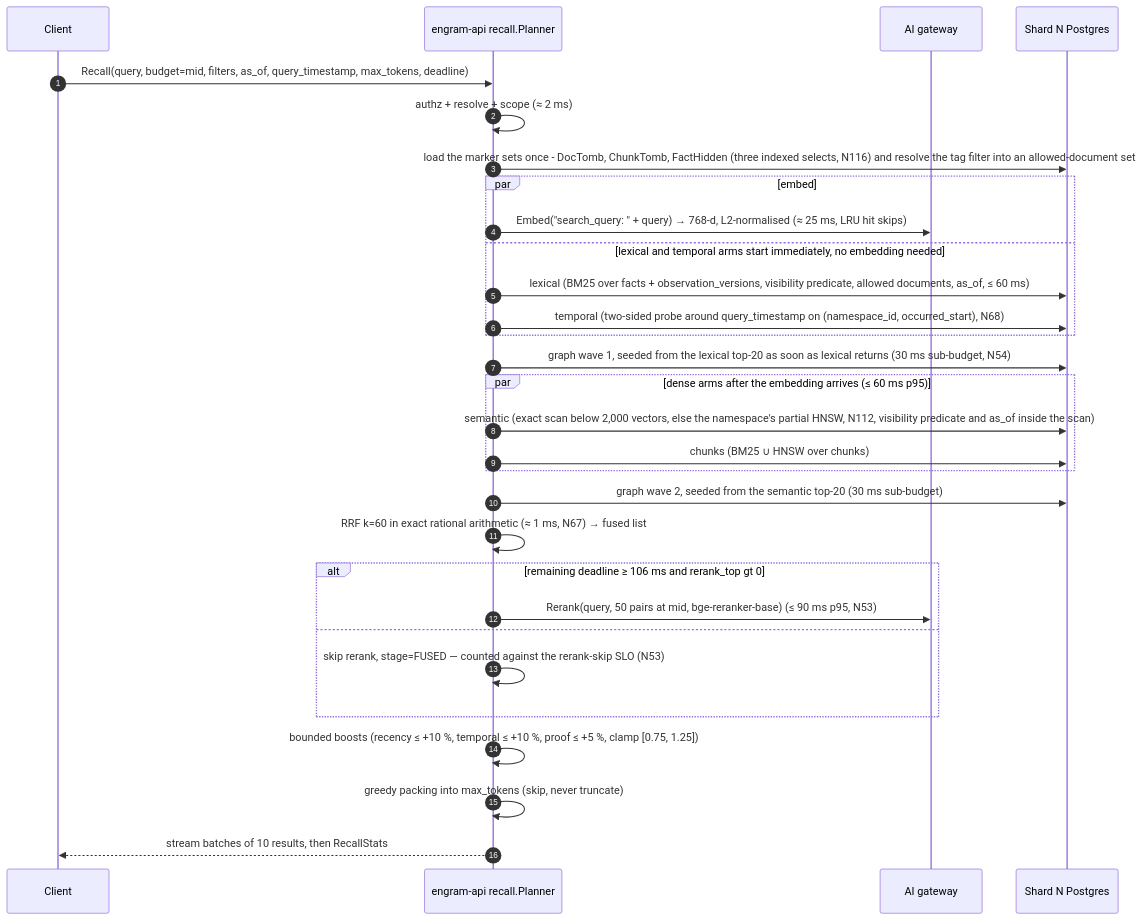
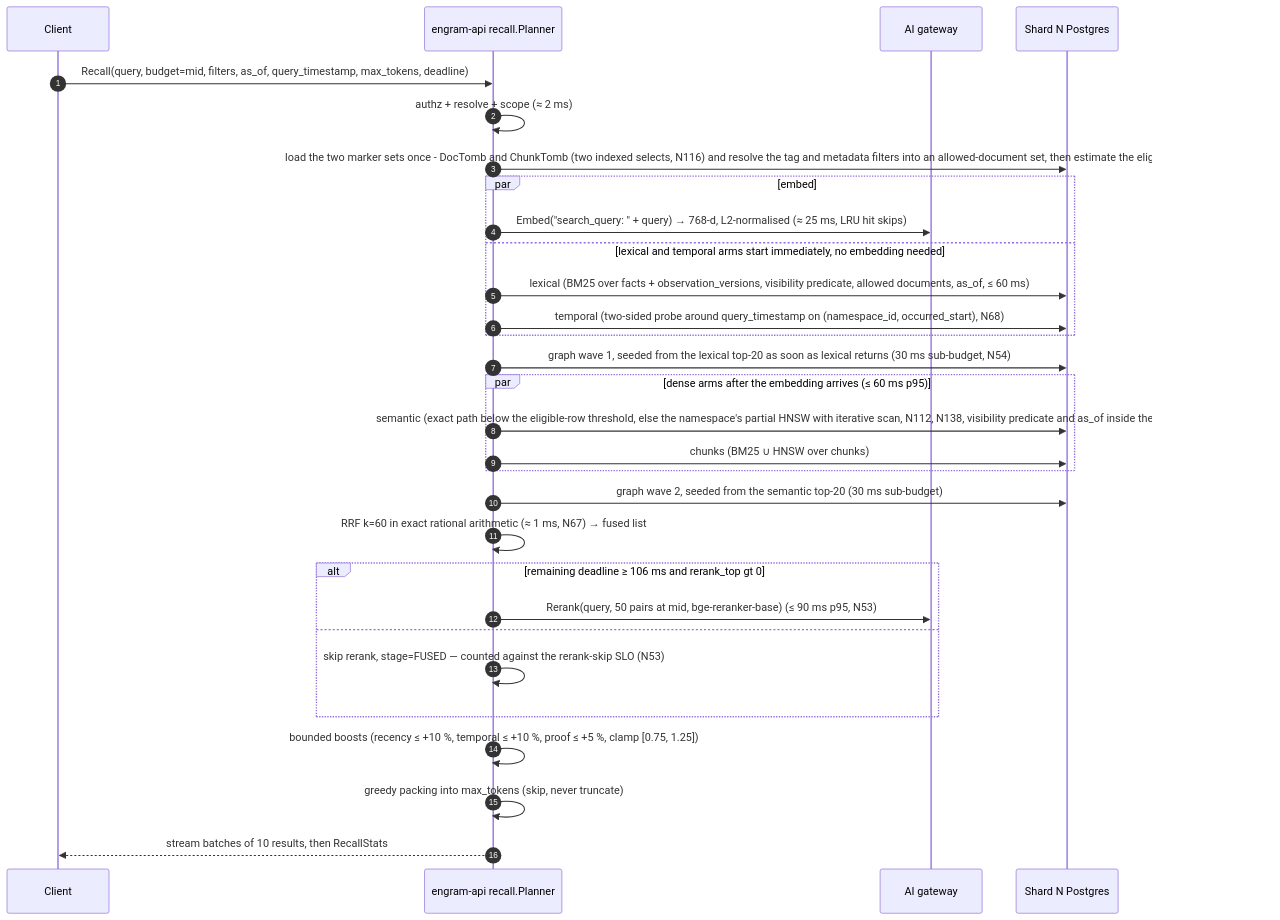
The fourth of 6 diagrams in plans/engram/sections/01-architecture.md (gstamatakis95/agent-memory-benchmark), drawn with Mermaid before and after one commit. The commit also changed other lines of this file and 39 other files, not shown here.

````diff
--- a/plans/engram/sections/01-architecture.md
+++ b/plans/engram/sections/01-architecture.md
@@ -357,33 +364,33 @@
 ```mermaid
 sequenceDiagram
   autonumber
   participant C as Client
   participant API as engram-api recall.Planner
   participant G as AI gateway
   participant DB as Shard N Postgres
 
   C->>API: Recall(query, budget=mid, filters, as_of, query_timestamp, max_tokens, deadline)
   API->>API: authz + resolve + scope (≈ 2 ms)
-  API->>DB: load the marker sets once - DocTomb, ChunkTomb, FactHidden (three indexed selects, N116) and resolve the tag filter into an allowed-document set
+  API->>DB: load the two marker sets once - DocTomb and ChunkTomb (two indexed selects, N116) and resolve the tag and metadata filters into an allowed-document set, then estimate the eligible rows per arm (N138)
   par embed
     API->>G: Embed("search_query: " + query) → 768-d, L2-normalised (≈ 25 ms, LRU hit skips)
   and lexical and temporal arms start immediately, no embedding needed
     API->>DB: lexical (BM25 over facts + observation_versions, visibility predicate, allowed documents, as_of, ≤ 60 ms)
     API->>DB: temporal (two-sided probe around query_timestamp on (namespace_id, occurred_start), N68)
   end
   API->>DB: graph wave 1, seeded from the lexical top-20 as soon as lexical returns (30 ms sub-budget, N54)
   par dense arms after the embedding arrives (≤ 60 ms p95)
-    API->>DB: semantic (exact scan below 2,000 vectors, else the namespace's partial HNSW, N112, visibility predicate and as_of inside the scan)
+    API->>DB: semantic (exact path below the eligible-row threshold, else the namespace's partial HNSW with iterative scan, N112, N138, visibility predicate and as_of inside the scan)
     API->>DB: chunks (BM25 ∪ HNSW over chunks)
   end
   API->>DB: graph wave 2, seeded from the semantic top-20 (30 ms sub-budget)
   API->>API: RRF k=60 in exact rational arithmetic (≈ 1 ms, N67) → fused list
   alt remaining deadline ≥ 106 ms and rerank_top gt 0
     API->>G: Rerank(query, 50 pairs at mid, bge-reranker-base) (≤ 90 ms p95, N53)
   else
     API->>API: skip rerank, stage=FUSED — counted against the rerank-skip SLO (N53)
   end
   API->>API: bounded boosts (recency ≤ +10 %, temporal ≤ +10 %, proof ≤ +5 %, clamp [0.75, 1.25])
   API->>API: greedy packing into max_tokens (skip, never truncate)
   API-->>C: stream batches of 10 results, then RecallStats
 ```
````
